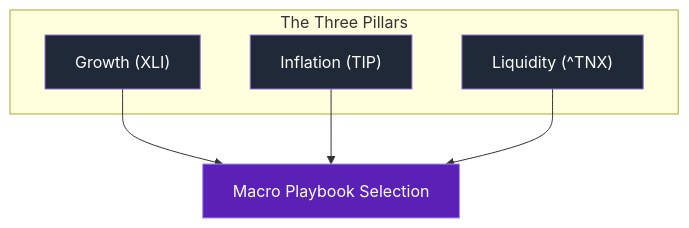
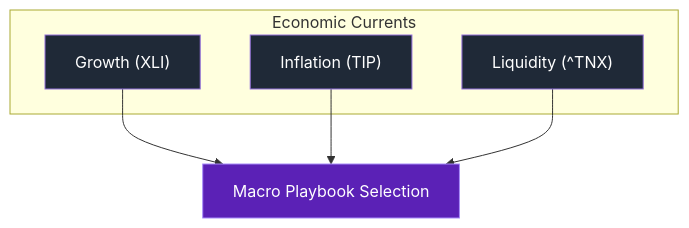
Before and after one commit to rightedges/stockintelligence: the third of 5 diagrams in docs/market_intelligence.md, drawn with Mermaid. The commit also changed other lines of this file and 1 other file, not shown here.

Commit message:
UI: Rearranged Market Intelligence sections to follow logical 6-layer flow

````diff
--- a/docs/market_intelligence.md
+++ b/docs/market_intelligence.md
@@ -46,15 +48,15 @@
 ```mermaid
 graph TD
-    subgraph "The Three Pillars"
+    subgraph "Economic Currents"
     G["Growth (XLI)"]
     I["Inflation (TIP)"]
     L["Liquidity (^TNX)"]
     end
     G --> P["Macro Playbook Selection"]
     I --> P
     L --> P
     style G fill:#1f2937,color:#fff
     style I fill:#1f2937,color:#fff
     style L fill:#1f2937,color:#fff
     style P fill:#5b21b6,stroke:#a78bfa,color:#fff
 ```
````
